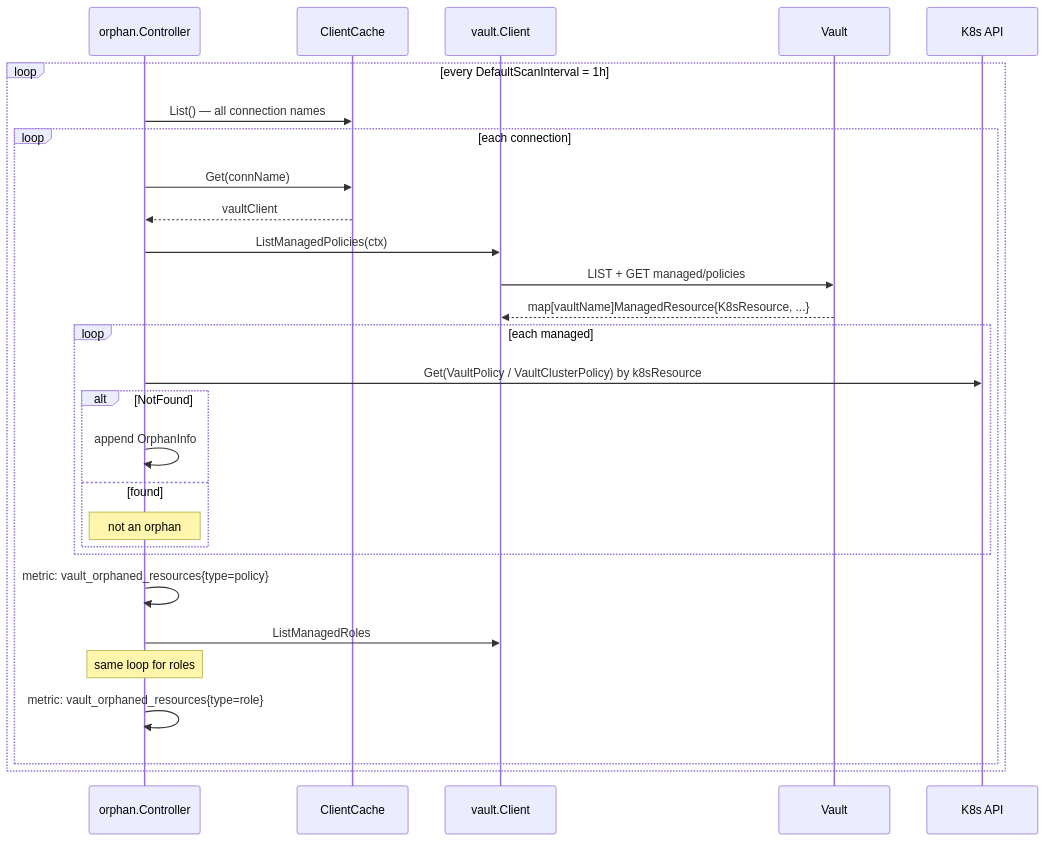
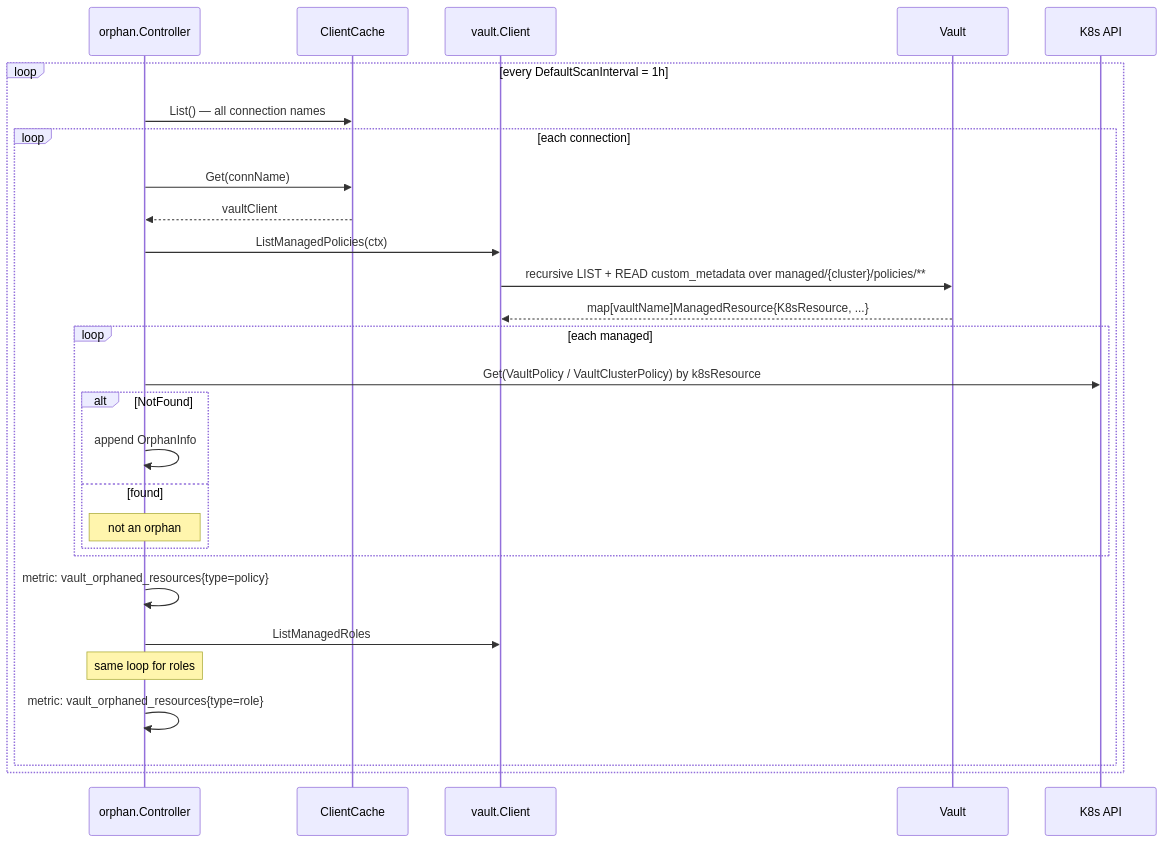
One commit to panteparak/vault-access-operator changed the third of 3 diagrams in docs/internal/FLOW_DELETION.md. Above: the diagram before and after it, drawn with Mermaid. The commit also changed other lines of this file and 54 other files, not shown here.

First line of the commit message:
feat(markers): hierarchical metadata-only managed markers behind opt-in flag (#9)

````diff
--- a/docs/internal/FLOW_DELETION.md
+++ b/docs/internal/FLOW_DELETION.md
@@ -169,32 +169,32 @@
 ```mermaid
 sequenceDiagram
     participant C as orphan.Controller
     participant Cache as ClientCache
     participant VC as vault.Client
     participant V as Vault
     participant K8s as K8s API
 
     loop every DefaultScanInterval = 1h
         C->>Cache: List() — all connection names
         loop each connection
             C->>Cache: Get(connName)
             Cache-->>C: vaultClient
             C->>VC: ListManagedPolicies(ctx)
-            VC->>V: LIST + GET managed/policies
+            VC->>V: recursive LIST + READ custom_metadata over managed/{cluster}/policies/**
             V-->>VC: map[vaultName]ManagedResource{K8sResource, ...}
             loop each managed
                 C->>K8s: Get(VaultPolicy / VaultClusterPolicy) by k8sResource
                 alt NotFound
                     C->>C: append OrphanInfo
                 else found
                     Note over C: not an orphan
                 end
             end
             C->>C: metric: vault_orphaned_resources{type=policy}
 
             C->>VC: ListManagedRoles
             Note over C: same loop for roles
             C->>C: metric: vault_orphaned_resources{type=role}
         end
     end
 ```
````
